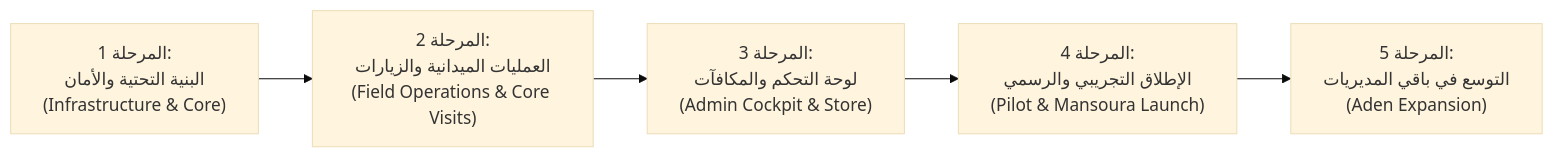
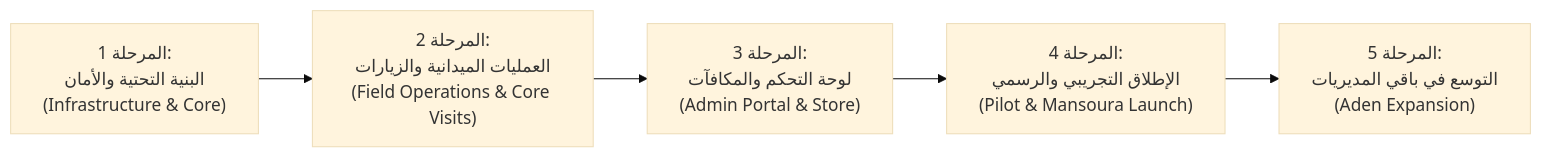
Before and after one commit to A-S-Y/Athar: the second of 2 diagrams in docs/04-specifications/roadmap.md, drawn with Mermaid (base theme). The commit also changed other lines of this file and 4 other files, not shown here.

Commit message:
fix: apply precise final remediations to Word blueprint, sequence flows, data dictionary, security, and roadmap

````diff
--- a/docs/04-specifications/roadmap.md
+++ b/docs/04-specifications/roadmap.md
@@ -41,7 +41,7 @@
 ```mermaid
 flowchart LR
     Phase1["المرحلة 1:<br/>البنية التحتية والأمان<br/>(Infrastructure & Core)"] --> Phase2["المرحلة 2:<br/>العمليات الميدانية والزيارات<br/>(Field Operations & Core Visits)"]
-    Phase2 --> Phase3["المرحلة 3:<br/>لوحة التحكم والمكافآت<br/>(Admin Cockpit & Store)"]
+    Phase2 --> Phase3["المرحلة 3:<br/>لوحة التحكم والمكافآت<br/>(Admin Portal & Store)"]
     Phase3 --> Phase4["المرحلة 4:<br/>الإطلاق التجريبي والرسمي<br/>(Pilot & Mansoura Launch)"]
     Phase4 --> Phase5["المرحلة 5:<br/>التوسع في باقي المديريات<br/>(Aden Expansion)"]
 ```
````
